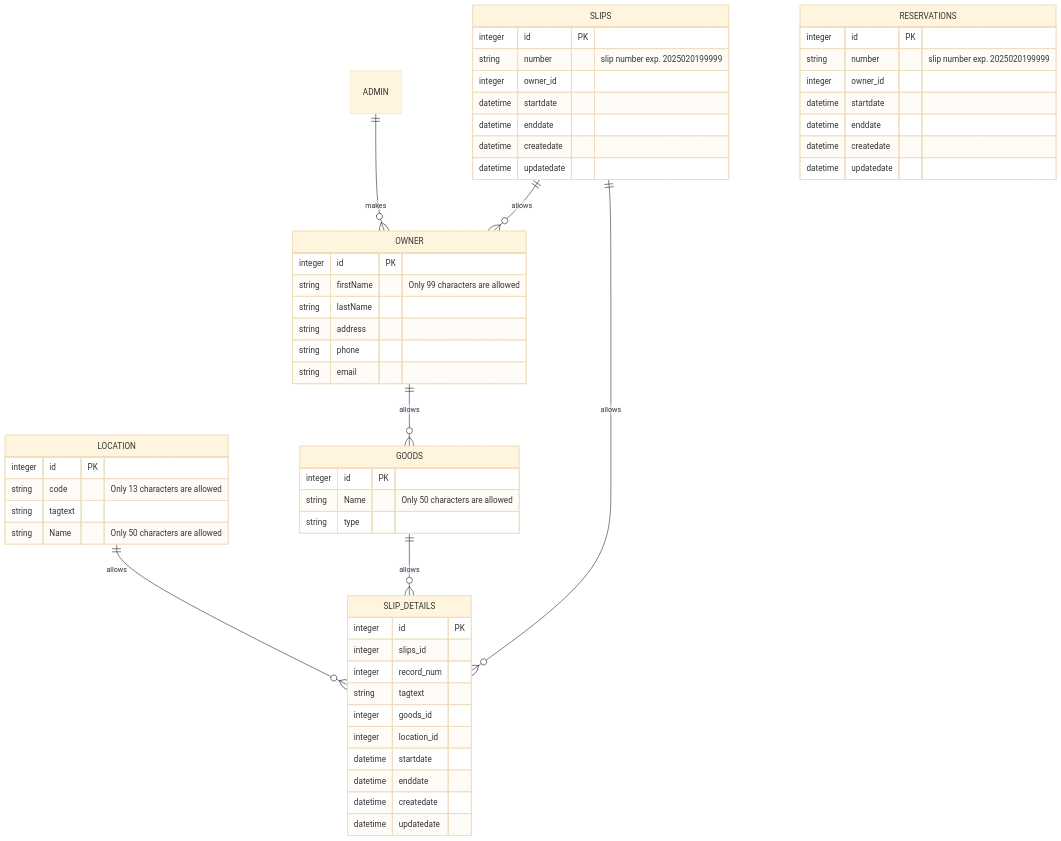
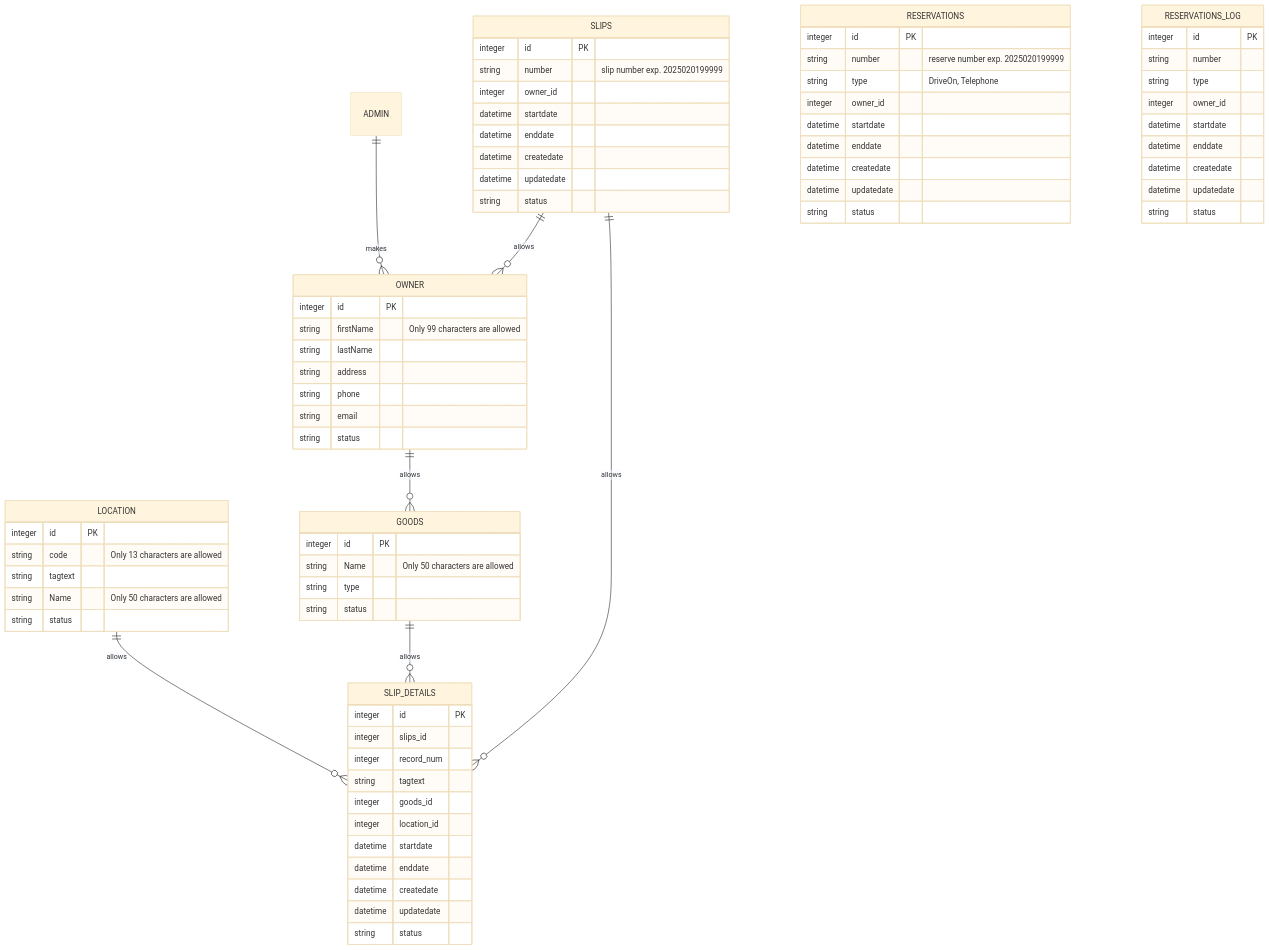
Before and after one commit to piot-jp-Team/goods_storage: the second of 2 diagrams in README.md, drawn with Mermaid (base theme).

````diff
--- a/README.md
+++ b/README.md
@@ -106,12 +106,14 @@
         string address
         string phone
         string email
+        string status
     }
 
     GOODS {
         integer id PK
         string Name "Only 50 characters are allowed"
         string type
+        string status
     }
   
     LOCATION {
@@ -119,6 +121,7 @@
         string code "Only 13 characters are allowed"
         string tagtext
         string Name "Only 50 characters are allowed"
+        string status
     }
 
     SLIPS {
@@ -129,6 +132,7 @@
         datetime enddate
         datetime createdate
         datetime updatedate
+        string status
     }
     SLIP_DETAILS {
         integer id PK
@@ -141,15 +145,30 @@
         datetime enddate
         datetime createdate
         datetime updatedate
+        string status
     }
 
     RESERVATIONS {
         integer id PK
-        string number "slip number exp. 2025020199999"
+        string number "reserve number exp. 2025020199999"
+        string type "DriveOn, Telephone"
         integer owner_id
         datetime startdate
         datetime enddate
         datetime createdate
         datetime updatedate
+        string status
+    }
+
+    RESERVATIONS_LOG {
+        integer id PK
+        string number
+        string type
+        integer owner_id
+        datetime startdate
+        datetime enddate
+        datetime createdate
+        datetime updatedate
+        string status
     }
 ```
````
